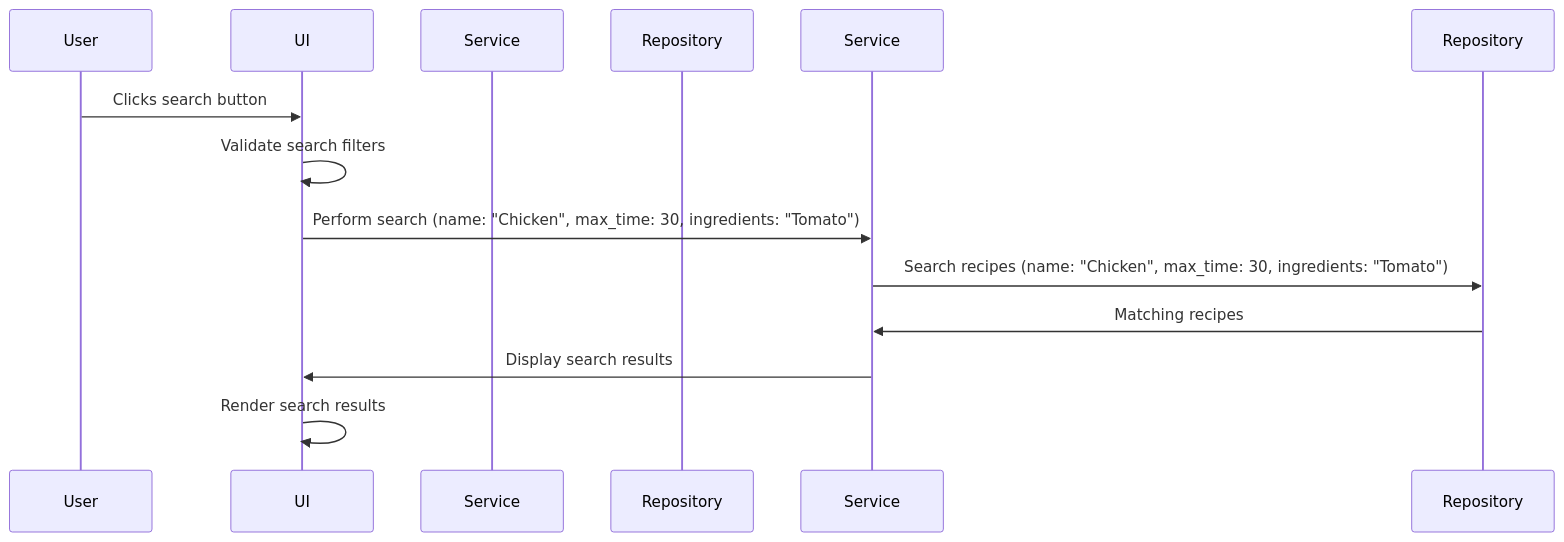
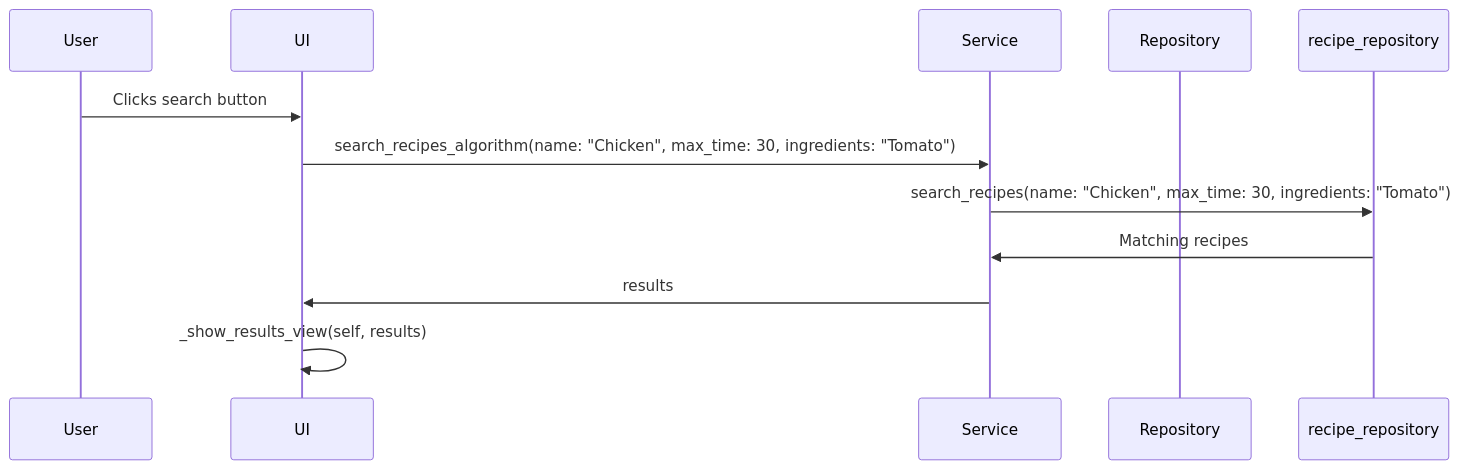
One commit to Germuu/ot-harjoitusty- changed the third of 3 diagrams in recipe-app/documentation/architecture.md. Above: the diagram before and after it, drawn with Mermaid.

````diff
--- a/recipe-app/documentation/architecture.md
+++ b/recipe-app/documentation/architecture.md
@@ -101,14 +101,13 @@
 ```mermaid
 sequenceDiagram
   participant User as User
   participant UI as UI
   participant RecipeAppService as Service
   participant RecipeRepository as Repository
   User ->> UI: Clicks search button
-  UI ->> UI: Validate search filters
-  UI ->> Service: Perform search (name: "Chicken", max_time: 30, ingredients: "Tomato")
-  Service ->> Repository: Search recipes (name: "Chicken", max_time: 30, ingredients: "Tomato")
-  Repository ->> Service: Matching recipes
-  Service ->> UI: Display search results
-  UI ->> UI: Render search results
+  UI ->> RecipeAppService: search_recipes_algorithm(name: "Chicken", max_time: 30, ingredients: "Tomato")
+  RecipeAppService ->> recipe_repository: search_recipes(name: "Chicken", max_time: 30, ingredients: "Tomato")
+  recipe_repository ->> RecipeAppService: Matching recipes
+  RecipeAppService ->> UI: results
+  UI ->> UI: _show_results_view(self, results)
 ```
````
